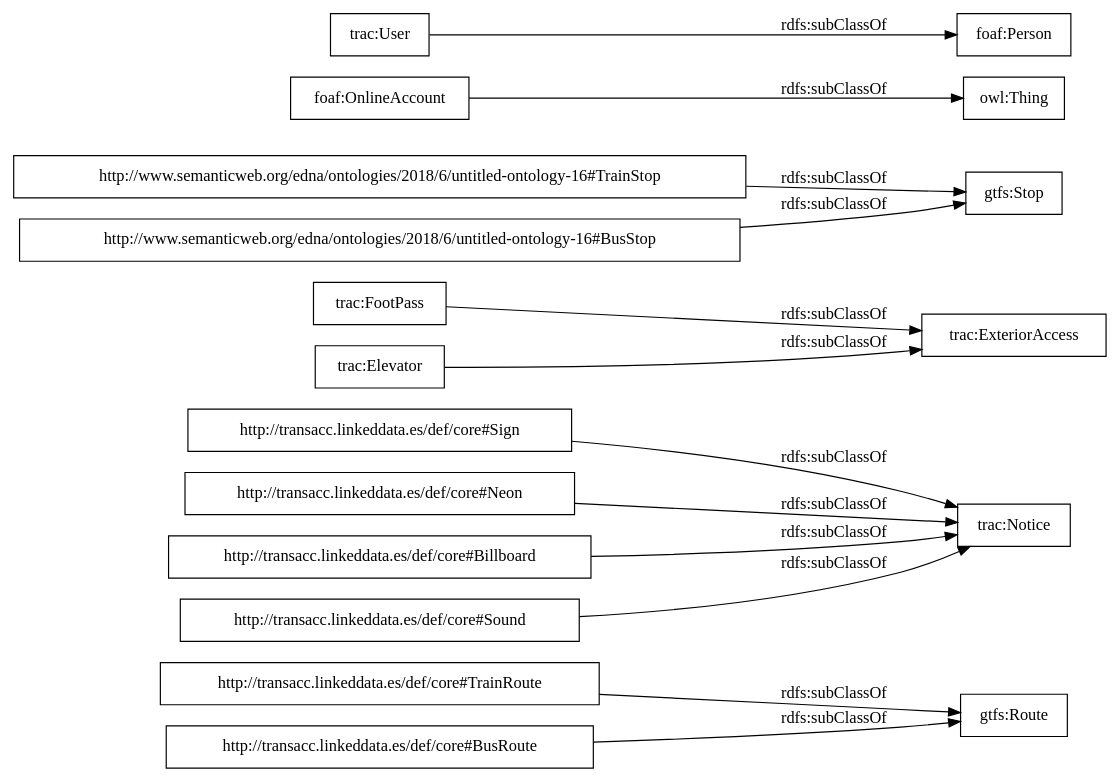
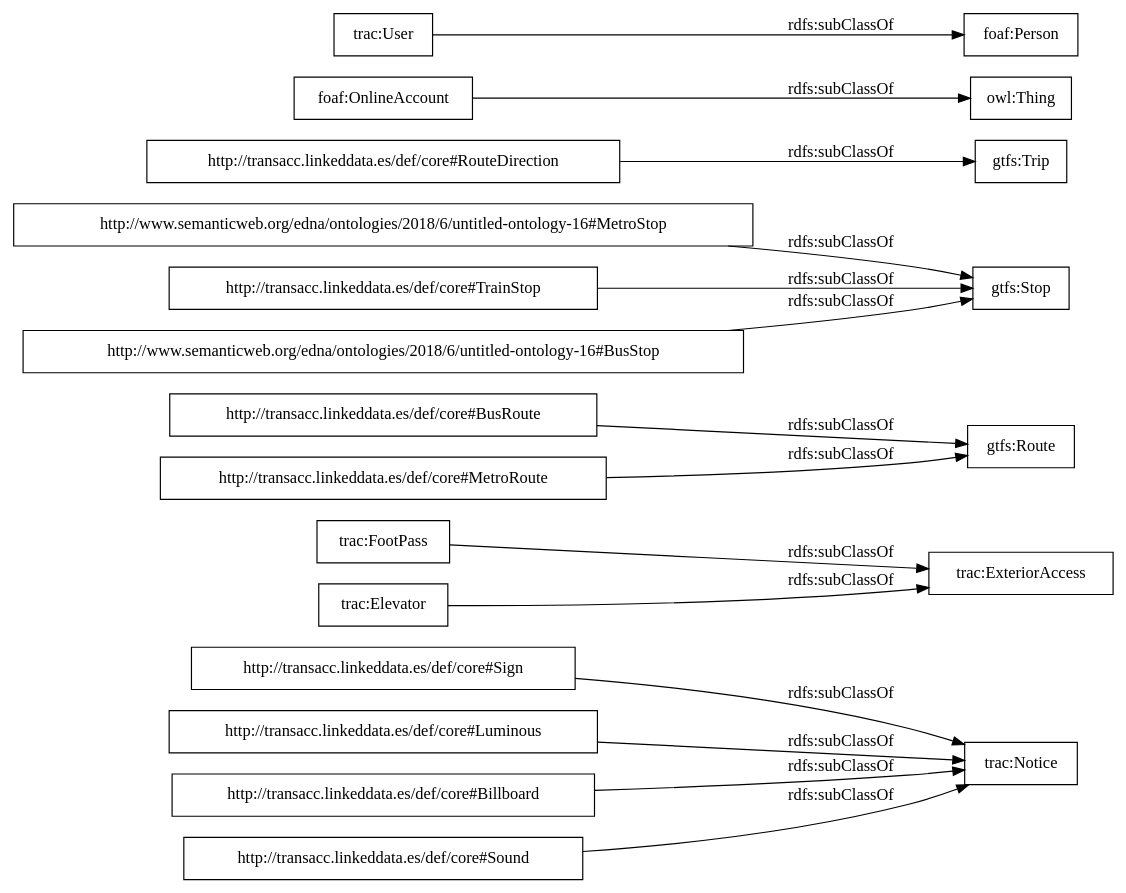
One commit to opencitydata/onto-transacc changed the diagram in OnToology/TransportAccessibilityv2.owl/diagrams/ar2dtool-taxonomy/TransportAccessibilityv2.owl.png.dot. Above: the diagram before and after it, drawn with Graphviz. The commit also changed 13 other files, not shown here.

```diff
--- a/OnToology/TransportAccessibilityv2.owl/diagrams/ar2dtool-taxonomy/TransportAccessibilityv2.owl.png.dot
+++ b/OnToology/TransportAccessibilityv2.owl/diagrams/ar2dtool-taxonomy/TransportAccessibilityv2.owl.png.dot
@@ -1,18 +1,20 @@
 digraph ar2dtool_diagram { 
 rankdir=LR;
 size="1000"
-node [shape = rectangle, color="black"]; "http://transacc.linkeddata.es/def/core#TrainRoute" "http://transacc.linkeddata.es/def/core#Sign" "http://transacc.linkeddata.es/def/core#Neon" "trac:FootPass" "http://transacc.linkeddata.es/def/core#BusRoute" "http://www.semanticweb.org/edna/ontologies/2018/6/untitled-ontology-16#TrainStop" "http://transacc.linkeddata.es/def/core#Billboard" "http://www.semanticweb.org/edna/ontologies/2018/6/untitled-ontology-16#BusStop" "http://transacc.linkeddata.es/def/core#Sound" "foaf:OnlineAccount" "foaf:Person" "trac:Elevator" "trac:ExteriorAccess" "trac:Notice" "trac:User" ; /*classes style*/
+node [shape = rectangle, color="black"]; "http://transacc.linkeddata.es/def/core#Sign" "trac:FootPass" "http://transacc.linkeddata.es/def/core#BusRoute" "http://www.semanticweb.org/edna/ontologies/2018/6/untitled-ontology-16#MetroStop" "http://transacc.linkeddata.es/def/core#TrainStop" "http://transacc.linkeddata.es/def/core#Luminous" "http://transacc.linkeddata.es/def/core#Billboard" "http://www.semanticweb.org/edna/ontologies/2018/6/untitled-ontology-16#BusStop" "http://transacc.linkeddata.es/def/core#RouteDirection" "http://transacc.linkeddata.es/def/core#Sound" "foaf:OnlineAccount" "foaf:Person" "trac:Elevator" "trac:ExteriorAccess" "http://transacc.linkeddata.es/def/core#MetroRoute" "trac:Notice" "trac:User" ; /*classes style*/
 	"http://transacc.linkeddata.es/def/core#Sign" -> "trac:Notice" [ label = "rdfs:subClassOf" ];
 	"foaf:OnlineAccount" -> "owl:Thing" [ label = "rdfs:subClassOf" ];
+	"http://transacc.linkeddata.es/def/core#RouteDirection" -> "gtfs:Trip" [ label = "rdfs:subClassOf" ];
 	"trac:FootPass" -> "trac:ExteriorAccess" [ label = "rdfs:subClassOf" ];
-	"http://www.semanticweb.org/edna/ontologies/2018/6/untitled-ontology-16#TrainStop" -> "gtfs:Stop" [ label = "rdfs:subClassOf" ];
 	"http://transacc.linkeddata.es/def/core#BusRoute" -> "gtfs:Route" [ label = "rdfs:subClassOf" ];
-	"http://transacc.linkeddata.es/def/core#Neon" -> "trac:Notice" [ label = "rdfs:subClassOf" ];
+	"http://www.semanticweb.org/edna/ontologies/2018/6/untitled-ontology-16#MetroStop" -> "gtfs:Stop" [ label = "rdfs:subClassOf" ];
+	"http://transacc.linkeddata.es/def/core#TrainStop" -> "gtfs:Stop" [ label = "rdfs:subClassOf" ];
+	"http://transacc.linkeddata.es/def/core#MetroRoute" -> "gtfs:Route" [ label = "rdfs:subClassOf" ];
 	"http://www.semanticweb.org/edna/ontologies/2018/6/untitled-ontology-16#BusStop" -> "gtfs:Stop" [ label = "rdfs:subClassOf" ];
 	"http://transacc.linkeddata.es/def/core#Billboard" -> "trac:Notice" [ label = "rdfs:subClassOf" ];
+	"http://transacc.linkeddata.es/def/core#Luminous" -> "trac:Notice" [ label = "rdfs:subClassOf" ];
 	"http://transacc.linkeddata.es/def/core#Sound" -> "trac:Notice" [ label = "rdfs:subClassOf" ];
-	"http://transacc.linkeddata.es/def/core#TrainRoute" -> "gtfs:Route" [ label = "rdfs:subClassOf" ];
 	"trac:Elevator" -> "trac:ExteriorAccess" [ label = "rdfs:subClassOf" ];
 	"trac:User" -> "foaf:Person" [ label = "rdfs:subClassOf" ];
 
 }
```
